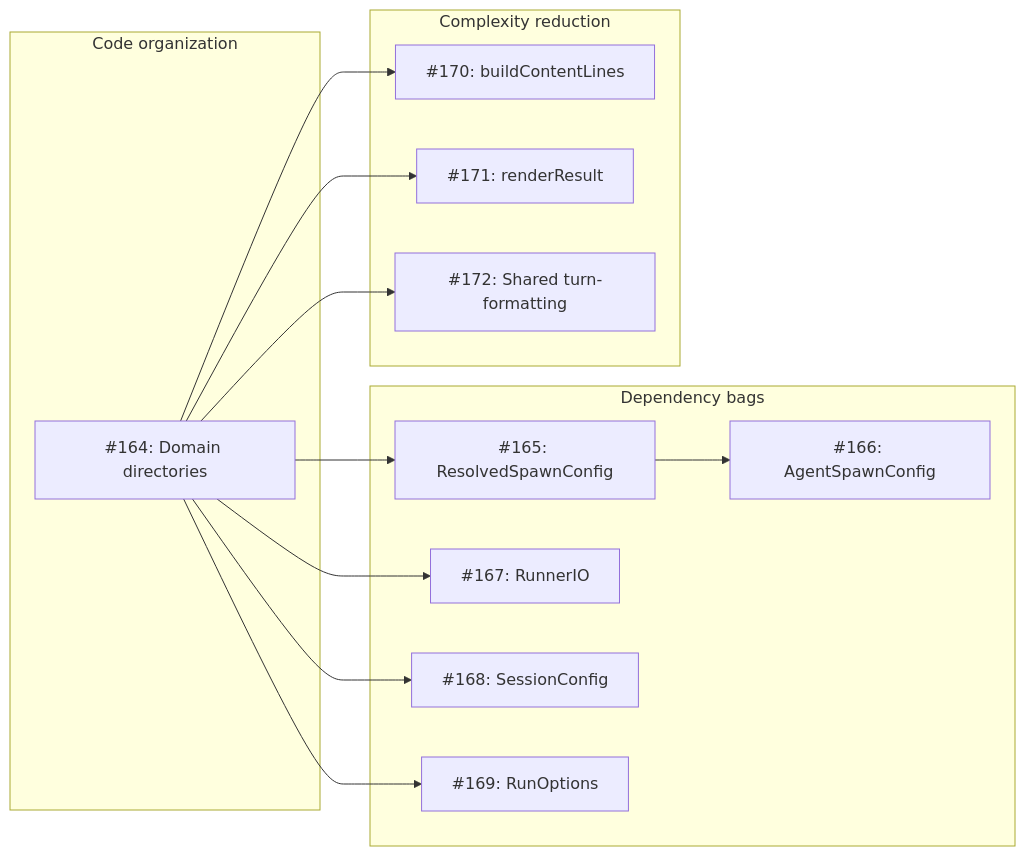
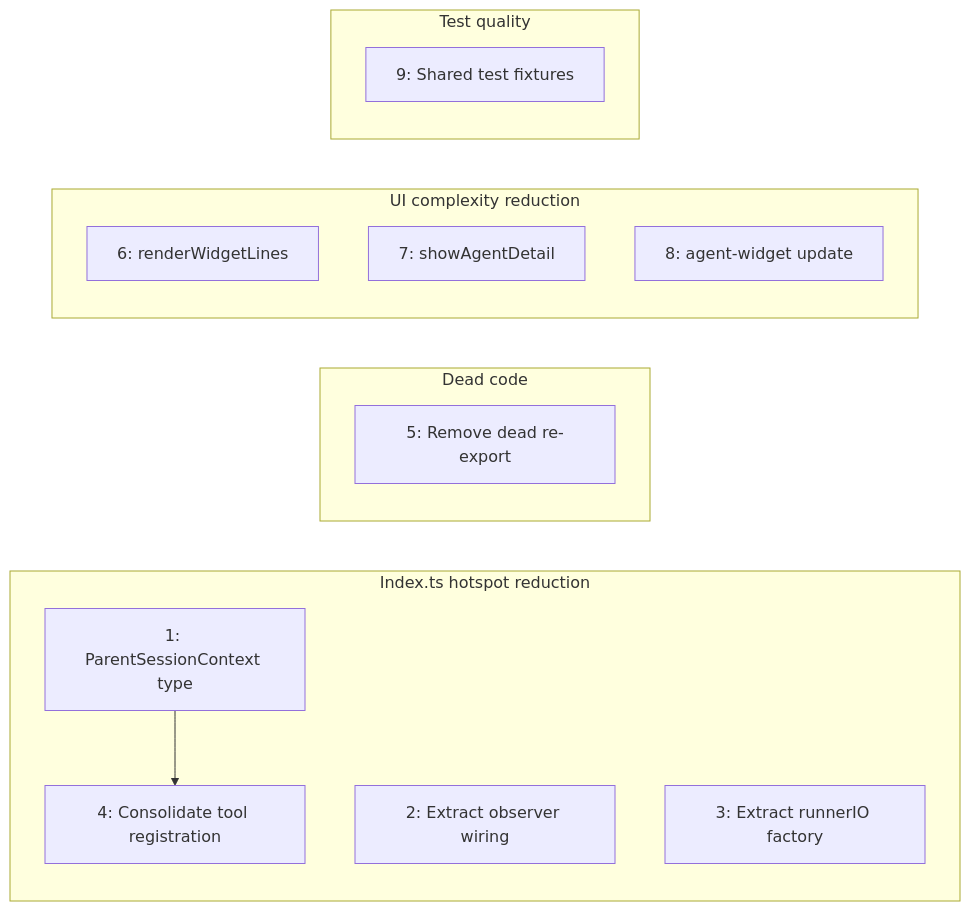
One commit to komarspn/pi-packages changed the sixth of 6 diagrams in packages/pi-subagents/docs/architecture/architecture.md. Above: the diagram before and after it, drawn with Mermaid. The commit also changed other lines of this file and 3 other files, not shown here.

First line of the commit message:
docs(pi-subagents): archive Phase 10, propose Phase 11 roadmap

````diff
--- a/packages/pi-subagents/docs/architecture/architecture.md
+++ b/packages/pi-subagents/docs/architecture/architecture.md
@@ -662,19 +712,21 @@
 ```mermaid
 flowchart LR
-    subgraph organization["Code organization"]
-        S1["#164: Domain directories"]
+    subgraph index["Index.ts hotspot reduction"]
+        S1["1: ParentSessionContext type"]
+        S2["2: Extract observer wiring"]
+        S3["3: Extract runnerIO factory"]
+        S4["4: Consolidate tool registration"]
     end
-    subgraph bags["Dependency bags"]
-        S2["#165: ResolvedSpawnConfig"] --> S3["#166: AgentSpawnConfig"]
-        S4["#167: RunnerIO"]
-        S5["#168: SessionConfig"]
-        S6["#169: RunOptions"]
+    subgraph cleanup["Dead code"]
+        S5["5: Remove dead re-export"]
     end
-    subgraph complexity["Complexity reduction"]
-        S7["#170: buildContentLines"]
-        S8["#171: renderResult"]
-        S9["#172: Shared turn-formatting"]
+    subgraph complexity["UI complexity reduction"]
+        S6["6: renderWidgetLines"]
+        S7["7: showAgentDetail"]
+        S8["8: agent-widget update"]
     end
-    S1 --> S2 & S4 & S5 & S6
-    S1 --> S7 & S8 & S9
+    subgraph tests["Test quality"]
+        S9["9: Shared test fixtures"]
+    end
+    S1 --> S4
 ```
````
